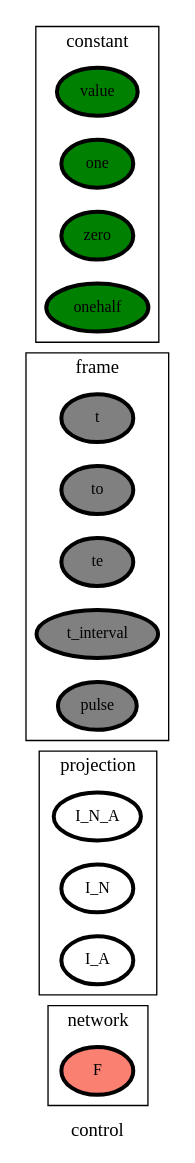
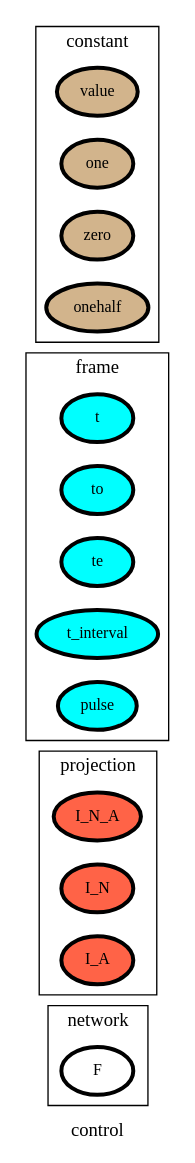
The diagram in ontology_graphs/graph__control.dot (heinz-preisig/sandbox21), drawn with Graphviz before and after one commit. The commit also changed 69 other files, not shown here.

```diff
--- a/ontology_graphs/graph__control.dot
+++ b/ontology_graphs/graph__control.dot
@@ -1,72 +1,72 @@
 digraph control {
 label=control;
 rankdir=LR;
 subgraph cluster_control___dataFlow {
 label=dataFlow;
 rankdir=LR;
 }
 
 subgraph cluster_control___input {
 label=input;
 rankdir=LR;
 }
 
 subgraph cluster_control___output {
 label=output;
 rankdir=LR;
 }
 
 subgraph cluster_control___network {
 label=network;
 rankdir=LR;
-V_10 [fillcolor=salmon, fontsize=12, label=F, penwidth=3, style=filled];
+V_10 [fillcolor=white, fontsize=12, label=F, penwidth=3, style=filled];
 }
 
 subgraph cluster_control___projection {
 label=projection;
 rankdir=LR;
-V_48 [fillcolor=white, fontsize=12, label=I_N_A, penwidth=3, style=filled];
-V_96 [fillcolor=white, fontsize=12, label=I_N, penwidth=3, style=filled];
-V_97 [fillcolor=white, fontsize=12, label=I_A, penwidth=3, style=filled];
+V_48 [fillcolor=tomato, fontsize=12, label=I_N_A, penwidth=3, style=filled];
+V_96 [fillcolor=tomato, fontsize=12, label=I_N, penwidth=3, style=filled];
+V_97 [fillcolor=tomato, fontsize=12, label=I_A, penwidth=3, style=filled];
 }
 
 subgraph cluster_control___localIndex {
 label=localIndex;
 rankdir=LR;
 }
 
 subgraph cluster_control___frame {
 label=frame;
 rankdir=LR;
-V_4 [fillcolor=grey, fontsize=12, label=t, penwidth=3, style=filled];
-V_5 [fillcolor=grey, fontsize=12, label=to, penwidth=3, style=filled];
-V_6 [fillcolor=grey, fontsize=12, label=te, penwidth=3, style=filled];
-V_7 [fillcolor=grey, fontsize=12, label=t_interval, penwidth=3, style=filled];
-V_9 [fillcolor=grey, fontsize=12, label=pulse, penwidth=3, style=filled];
+V_4 [fillcolor=cyan, fontsize=12, label=t, penwidth=3, style=filled];
+V_5 [fillcolor=cyan, fontsize=12, label=to, penwidth=3, style=filled];
+V_6 [fillcolor=cyan, fontsize=12, label=te, penwidth=3, style=filled];
+V_7 [fillcolor=cyan, fontsize=12, label=t_interval, penwidth=3, style=filled];
+V_9 [fillcolor=cyan, fontsize=12, label=pulse, penwidth=3, style=filled];
 }
 
 subgraph cluster_control___state {
 label=state;
 rankdir=LR;
 }
 
 subgraph cluster_control___constant {
 label=constant;
 rankdir=LR;
-V_1 [fillcolor=green, fontsize=12, label=value, penwidth=3, style=filled];
-V_2 [fillcolor=green, fontsize=12, label=one, penwidth=3, style=filled];
-V_3 [fillcolor=green, fontsize=12, label=zero, penwidth=3, style=filled];
-V_8 [fillcolor=green, fontsize=12, label=onehalf, penwidth=3, style=filled];
+V_1 [fillcolor=tan, fontsize=12, label=value, penwidth=3, style=filled];
+V_2 [fillcolor=tan, fontsize=12, label=one, penwidth=3, style=filled];
+V_3 [fillcolor=tan, fontsize=12, label=zero, penwidth=3, style=filled];
+V_8 [fillcolor=tan, fontsize=12, label=onehalf, penwidth=3, style=filled];
 }
 
 subgraph cluster_control___diffState {
 label=diffState;
 rankdir=LR;
 }
 
 subgraph cluster_control___algebraic {
 label=algebraic;
 rankdir=LR;
 }
 
 }
```
